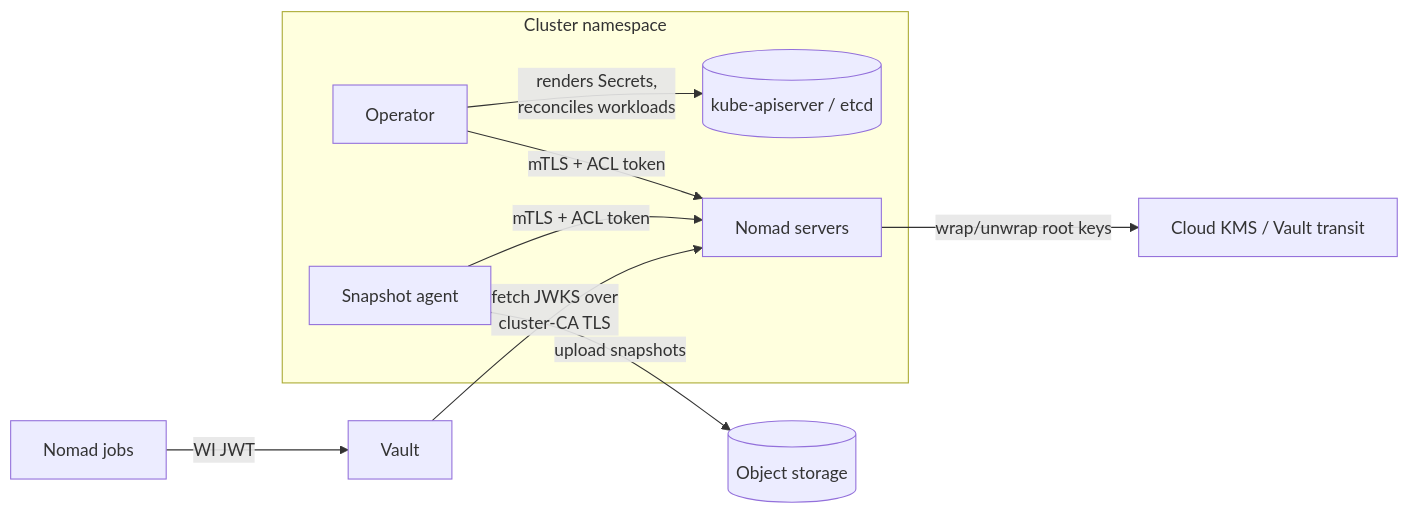
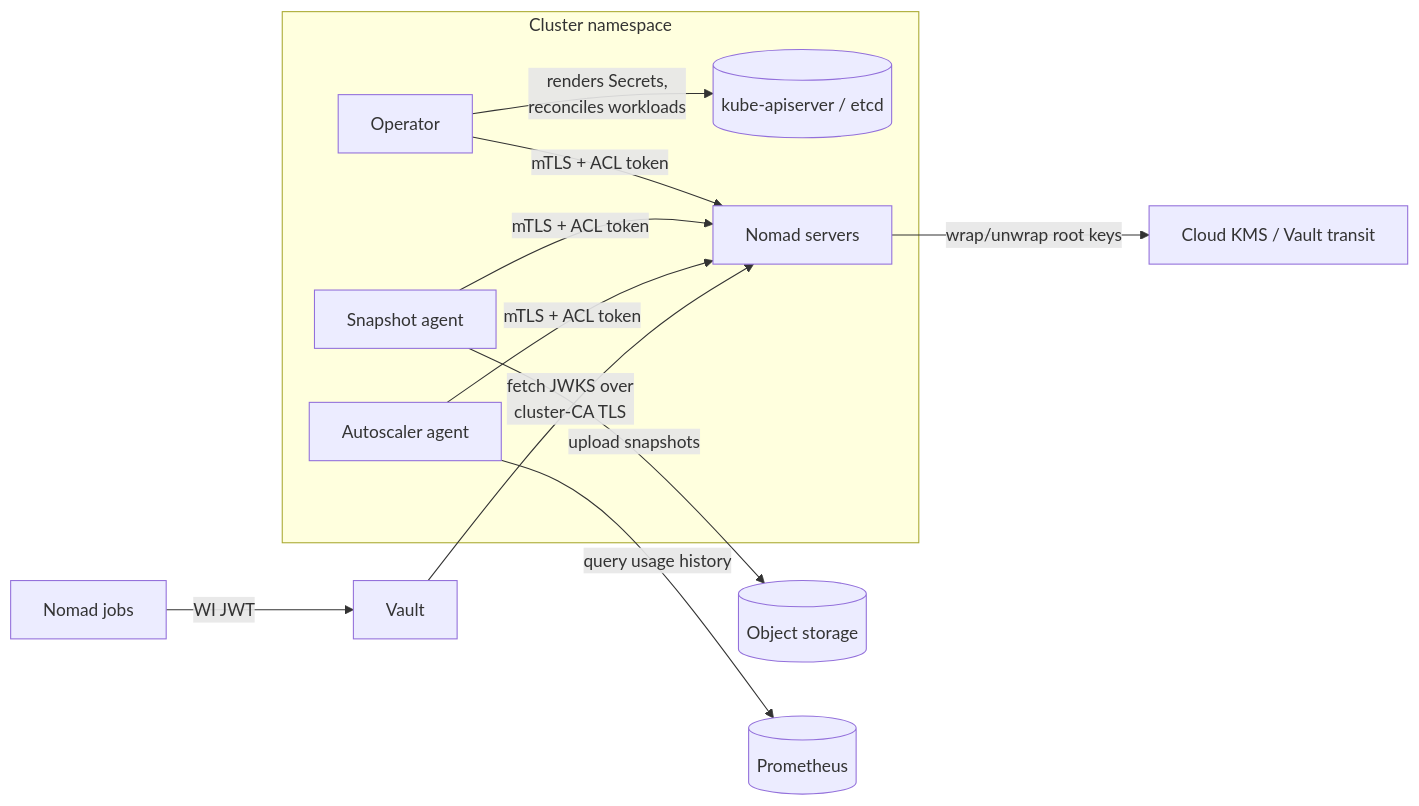
Before and after one commit to benemon/nomad-enterprise-operator: the diagram in docs/threat-model/README.md, drawn with Mermaid. The commit also changed other lines of this file and 4 other files, not shown here.

````diff
--- a/docs/threat-model/README.md
+++ b/docs/threat-model/README.md
@@ -80,12 +80,14 @@
 ```mermaid
 flowchart LR
     subgraph ns[Cluster namespace]
         OP[Operator] -->|renders Secrets,\nreconciles workloads| API[(kube-apiserver / etcd)]
         OP -->|mTLS + ACL token| NS[Nomad servers]
         SA[Snapshot agent] -->|mTLS + ACL token| NS
+        AS[Autoscaler agent] -->|mTLS + ACL token| NS
     end
     NS -->|wrap/unwrap root keys| KMS[Cloud KMS / Vault transit]
     SA -->|upload snapshots| OBJ[(Object storage)]
+    AS -->|query usage history| PROM[(Prometheus)]
     V[Vault] -->|fetch JWKS over\ncluster-CA TLS| NS
     JOB[Nomad jobs] -->|WI JWT| V
 ```
````
